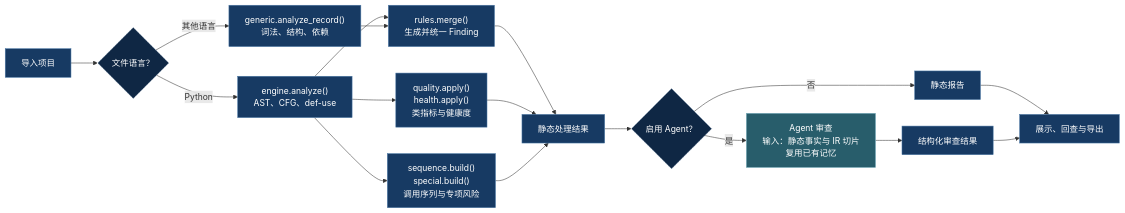
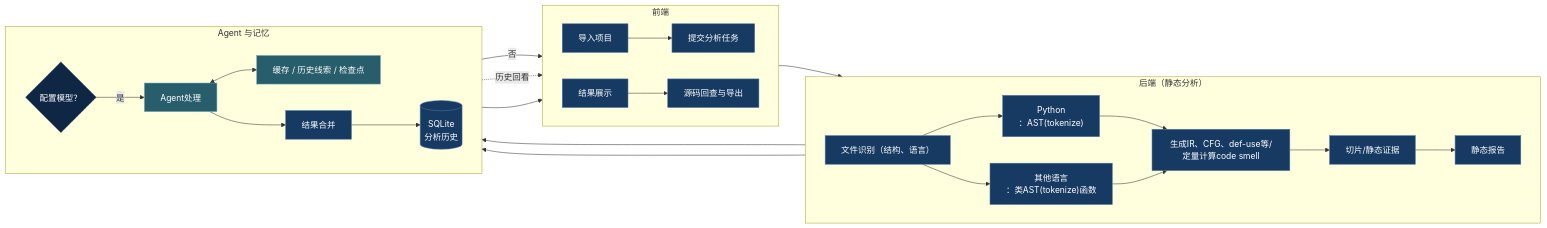
Before and after one commit to kane0204/CodeLens: the second of 5 diagrams in docs/slides/slides.md, drawn with Mermaid. The commit also changed other lines of this file, not shown here.

Commit message:
docs: update total and agent workflows

````diff
--- a/docs/slides/slides.md
+++ b/docs/slides/slides.md
@@ -174,33 +174,49 @@
 ```mermaid
 flowchart LR
-    A["导入项目"] --> B{"文件语言？"}
-    B -- "Python" --> P["engine.analyze()<br/>AST、CFG、def-use"]
-    B -- "其他语言" --> G["generic.analyze_record()<br/>词法、结构、依赖"]
+    subgraph FE["前端"]
+        direction LR
+        A["导入项目"] --> B["提交分析任务"]
+        U["结果展示"] --> X["源码回查与导出"]
+    end
 
-    P --> R["rules.merge()<br/>生成并统一 Finding"]
-    G --> R
-    P --> Q["quality.apply()<br/>health.apply()<br/>类指标与健康度"]
-    P --> S["sequence.build()<br/>special.build()<br/>调用序列与专项风险"]
+    subgraph CORE["后端（静态分析）"]
+        direction LR
+        C["文件识别（结构、语言）"] --> P["Python<br/>：AST(tokenize)"]
+        C --> G["其他语言<br/>：类AST(tokenize)函数"]
+        P --> R["生成IR、CFG、def-use等/定量计算code smell"]
+        G --> R
+        R --> E["切片/静态证据"]
+        E --> S["静态报告"]
+    end
 
-    R --> F["静态处理结果"]
-    Q --> F
-    S --> F
+    subgraph MEM["Agent 与记忆"]
+        direction LR
+        Q{"配置模型？"}
+        AG["Agent处理"]
+        MC["缓存 / 历史线索 / 检查点"]
+        AR["结果合并"]
+        DB[("SQLite<br/>分析历史")]
+    end
 
-    F --> H{"启用 Agent？"}
-    H -- "否" --> T["静态报告"]
-    H -- "是" --> E["Agent 审查<br/>输入：静态事实与 IR 切片<br/>复用已有记忆"]
-    E --> U["结构化审查结果"]
+    B --> C
+    S --> Q
+    Q -- "否" --> U
+    Q -- "是" --> AG
 
-    T --> V["展示、回查与导出"]
-    U --> V
+    AG <--> MC
+    AG --> AR
+    S --> DB
+    AR --> DB
+    DB -. "历史回看" .-> U
+    AR --> U
 
     classDef input fill:#173a63,stroke:#4b78a6,color:#fff;
     classDef decision fill:#0f2744,stroke:#7895b2,stroke-dasharray:4 3,color:#fff;
     classDef agent fill:#285d6b,stroke:#71a9b8,color:#fff;
     classDef output fill:#173a63,stroke:#4b78a6,color:#fff;
 
-    class A,P,G input;
-    class B,H decision;
-    class E agent;
-    class R,Q,S,F,T,U,V output;
+    class A,B,C,P,G input;
+    class Q decision;
+    class AG,MC agent;
+    class R,E,S,AR,DB,U,X output;
 ```
````
